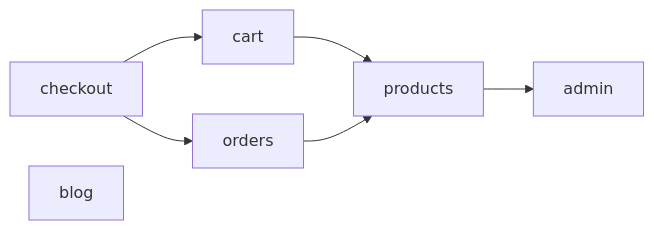
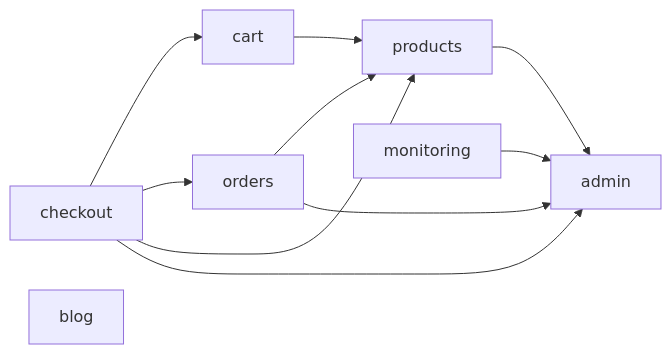
The second of 6 diagrams in docs/architecture.md (chinhpham208/next-store), drawn with Mermaid before and after one commit. The commit also changed other lines of this file and 11 other files, not shown here.

````diff
--- a/docs/architecture.md
+++ b/docs/architecture.md
@@ -40,10 +42,14 @@
 ```mermaid
 flowchart LR
   products
   cart --> products
   checkout --> cart
   checkout --> orders
+  checkout --> products
+  checkout --> admin
   orders --> products
+  orders --> admin
   products --> admin
   blog
+  monitoring --> admin
 ```
````
